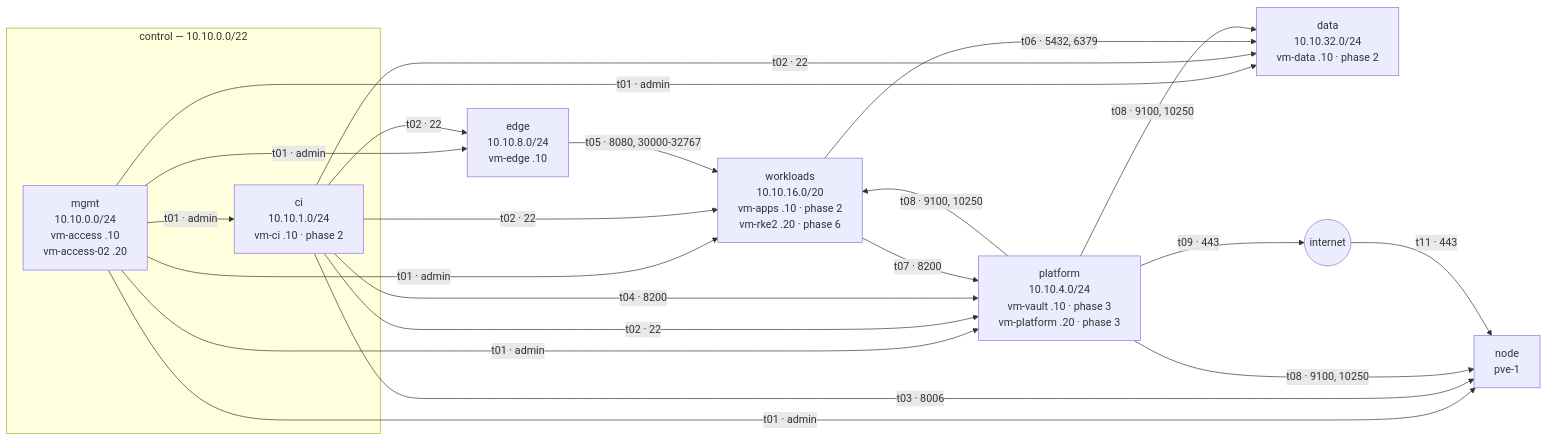
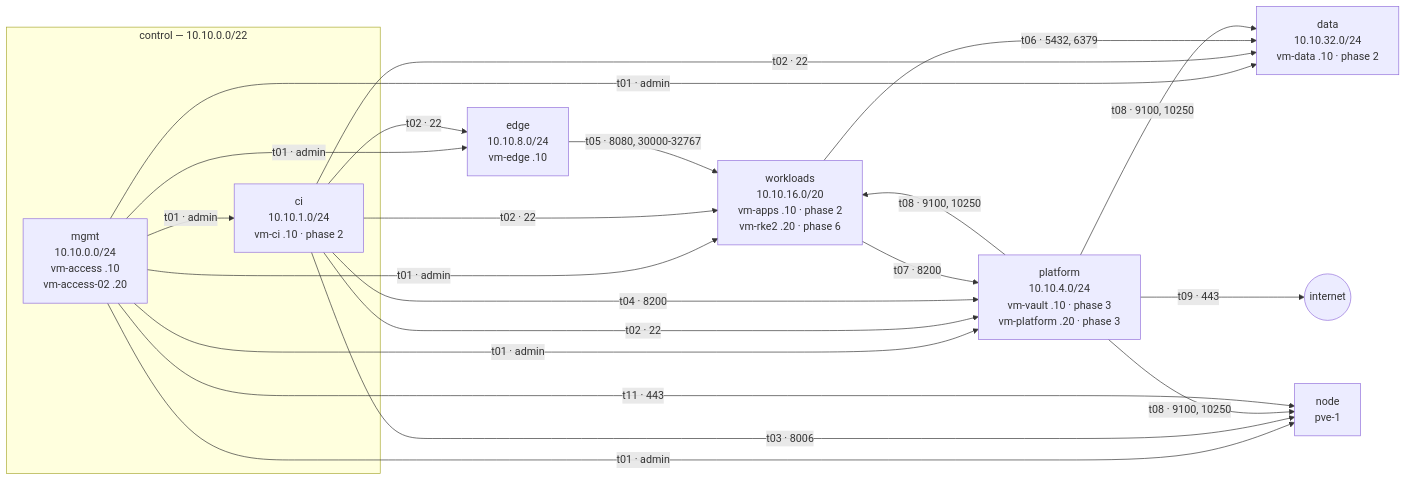
One commit to 0xc0-homelab/infrastructure changed the second of 6 diagrams in docs/architecture.md. Above: the diagram before and after it, drawn with Mermaid. The commit also changed other lines of this file and 3 other files, not shown here.

First line of the commit message:
feat(firewall)!: close the node's 443 to the internet (#49)

````diff
--- a/docs/architecture.md
+++ b/docs/architecture.md
@@ -79,24 +79,24 @@
 ```mermaid
 flowchart LR
   subgraph control["control — 10.10.0.0/22"]
     mgmt["mgmt<br/>10.10.0.0/24<br/>vm-access .10<br/>vm-access-02 .20"]
     ci["ci<br/>10.10.1.0/24<br/>vm-ci .10 · phase 2"]
   end
   platform["platform<br/>10.10.4.0/24<br/>vm-vault .10 · phase 3<br/>vm-platform .20 · phase 3"]
   edge["edge<br/>10.10.8.0/24<br/>vm-edge .10"]
   workloads["workloads<br/>10.10.16.0/20<br/>vm-apps .10 · phase 2<br/>vm-rke2 .20 · phase 6"]
   data["data<br/>10.10.32.0/24<br/>vm-data .10 · phase 2"]
   node["node<br/>pve-1"]
   internet(("internet"))
 
   mgmt -- "t01 · admin" --> ci & platform & edge & workloads & data & node
   ci -- "t02 · 22" --> edge & platform & workloads & data
   ci -- "t03 · 8006" --> node
   ci -- "t04 · 8200" --> platform
   edge -- "t05 · 8080, 30000-32767" --> workloads
   workloads -- "t06 · 5432, 6379" --> data
   workloads -- "t07 · 8200" --> platform
   platform -- "t08 · 9100, 10250" --> workloads & data & node
   platform -- "t09 · 443" --> internet
-  internet -- "t11 · 443" --> node
+  mgmt -- "t11 · 443" --> node
 ```
````
